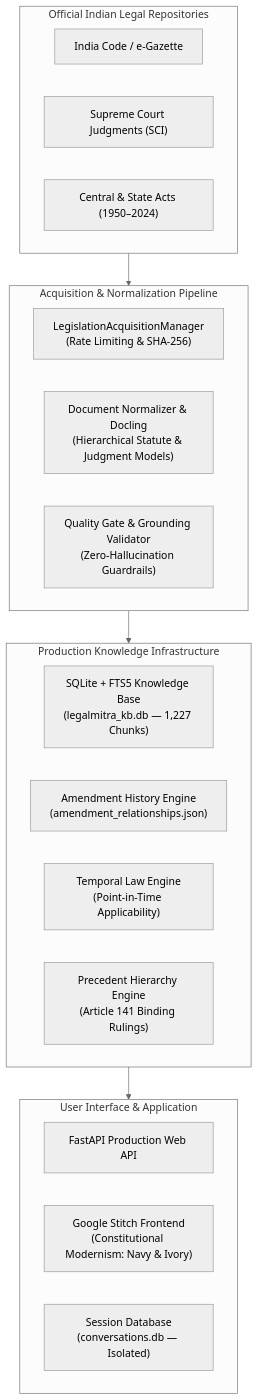
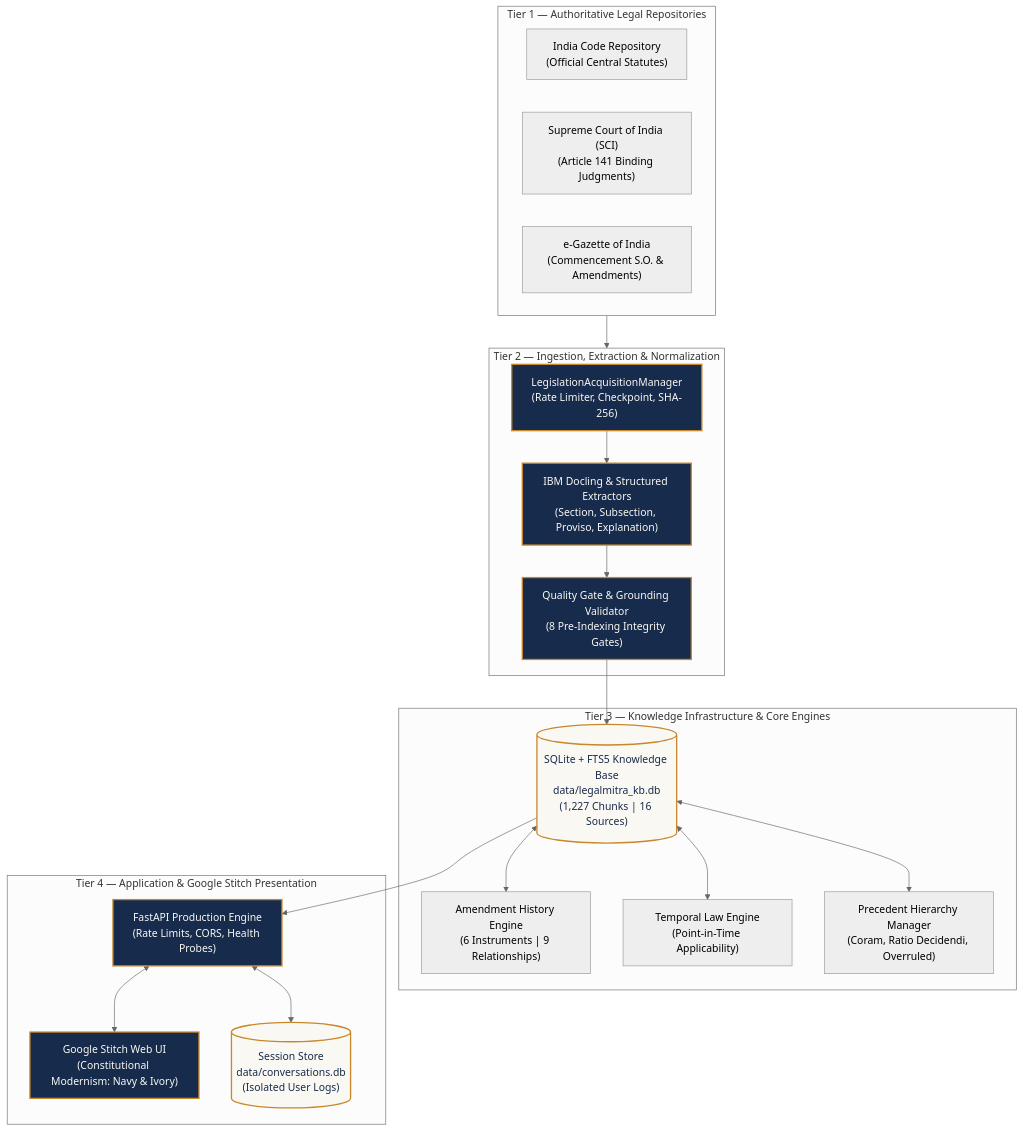
The first of 7 diagrams in README.md (DebugDroid-15/LegalMitra), drawn with Mermaid (neutral theme) before and after one commit. The commit also changed other lines of this file, not shown here.

Commit message:
docs: expand README into rich graphical long-scroll portal with complete dataset, architecture diagrams, and legends

````diff
--- a/README.md
+++ b/README.md
@@ -49,31 +76,42 @@
 ```mermaid
 flowchart TD
-    subgraph S1["Official Indian Legal Repositories"]
-        A1["India Code / e-Gazette"]
-        A2["Supreme Court Judgments (SCI)"]
-        A3["Central & State Acts (1950–2024)"]
+    subgraph TIER1["Tier 1 — Authoritative Legal Repositories"]
+        R1["India Code Repository<br/>(Official Central Statutes)"]
+        R2["Supreme Court of India (SCI)<br/>(Article 141 Binding Judgments)"]
+        R3["e-Gazette of India<br/>(Commencement S.O. & Amendments)"]
     end
 
-    subgraph S2["Acquisition & Normalization Pipeline"]
-        B1["LegislationAcquisitionManager<br/>(Rate Limiting & SHA-256)"]
-        B2["Document Normalizer & Docling<br/>(Hierarchical Statute & Judgment Models)"]
-        B3["Quality Gate & Grounding Validator<br/>(Zero-Hallucination Guardrails)"]
+    subgraph TIER2["Tier 2 — Ingestion, Extraction & Normalization"]
+        ACQ["LegislationAcquisitionManager<br/>(Rate Limiter, Checkpoint, SHA-256)"]
+        DOC["IBM Docling & Structured Extractors<br/>(Section, Subsection, Proviso, Explanation)"]
+        VAL["Quality Gate & Grounding Validator<br/>(8 Pre-Indexing Integrity Gates)"]
     end
 
-    subgraph S3["Production Knowledge Infrastructure"]
-        C1["SQLite + FTS5 Knowledge Base<br/>(legalmitra_kb.db — 1,227 Chunks)"]
-        C2["Amendment History Engine<br/>(amendment_relationships.json)"]
-        C3["Temporal Law Engine<br/>(Point-in-Time Applicability)"]
-        C4["Precedent Hierarchy Engine<br/>(Article 141 Binding Rulings)"]
+    subgraph TIER3["Tier 3 — Knowledge Infrastructure & Core Engines"]
+        KB[("SQLite + FTS5 Knowledge Base<br/>data/legalmitra_kb.db<br/>(1,227 Chunks | 16 Sources)")]
+        AMD["Amendment History Engine<br/>(6 Instruments | 9 Relationships)"]
+        TMP["Temporal Law Engine<br/>(Point-in-Time Applicability)"]
+        PREC["Precedent Hierarchy Manager<br/>(Coram, Ratio Decidendi, Overruled)"]
     end
 
-    subgraph S4["User Interface & Application"]
-        D1["FastAPI Production Web API"]
-        D2["Google Stitch Frontend<br/>(Constitutional Modernism: Navy & Ivory)"]
-        D3["Session Database<br/>(conversations.db — Isolated)"]
+    subgraph TIER4["Tier 4 — Application & Google Stitch Presentation"]
+        API["FastAPI Production Engine<br/>(Rate Limits, CORS, Health Probes)"]
+        UI["Google Stitch Web UI<br/>(Constitutional Modernism: Navy & Ivory)"]
+        SESS[("Session Store<br/>data/conversations.db<br/>(Isolated User Logs)")]
     end
 
-    S1 --> S2
-    S2 --> S3
-    S3 --> S4
+    TIER1 --> TIER2
+    ACQ --> DOC --> VAL
+    VAL --> KB
+    KB <--> AMD
+    KB <--> TMP
+    KB <--> PREC
+    KB --> API
+    API <--> UI
+    API <--> SESS
+
+    classDef gold fill:#FAF8F2,stroke:#C8872A,stroke-width:2px,color:#172B4D;
+    classDef navy fill:#172B4D,stroke:#C8872A,stroke-width:2px,color:#FAF8F2;
+    class KB,SESS gold;
+    class ACQ,DOC,VAL,API,UI navy;
 ```
````
